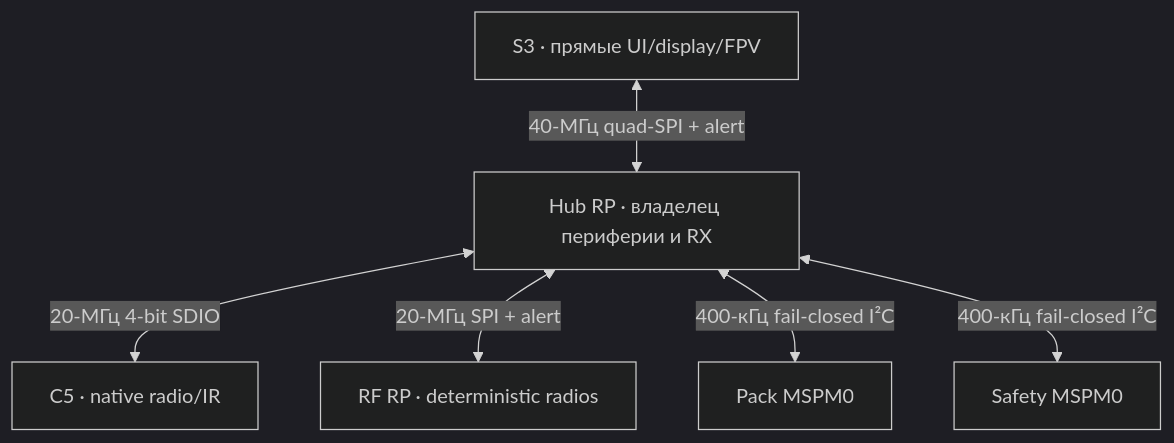
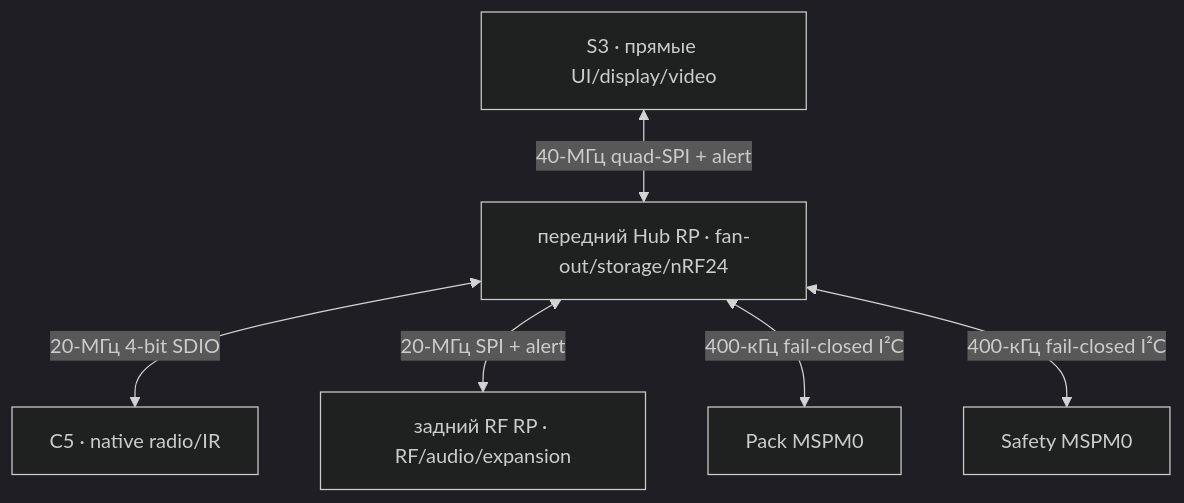
One commit to anton-vinogradov/esp32-leshy2-firmware changed the diagram in docs/architecture.ru.md. Above: the diagram before and after it, drawn with Mermaid (dark theme). The commit also changed other lines of this file and 24 other files, not shown here.

````diff
--- a/docs/architecture.ru.md
+++ b/docs/architecture.ru.md
@@ -21,8 +21,8 @@
 ```mermaid
 flowchart TD
-  S3["S3 · прямые UI/display/FPV"] <-->|"40-МГц quad-SPI + alert"| HUB["Hub RP · владелец периферии и RX"]
+  S3["S3 · прямые UI/display/video"] <-->|"40-МГц quad-SPI + alert"| HUB["передний Hub RP · fan-out/storage/nRF24"]
   HUB <-->|"20-МГц 4-bit SDIO"| C5["C5 · native radio/IR"]
-  HUB <-->|"20-МГц SPI + alert"| RF["RF RP · deterministic radios"]
+  HUB <-->|"20-МГц SPI + alert"| RF["задний RF RP · RF/audio/expansion"]
   HUB <-->|"400-кГц fail-closed I²C"| PACK["Pack MSPM0"]
   HUB <-->|"400-кГц fail-closed I²C"| SAFE["Safety MSPM0"]
 ```
````
